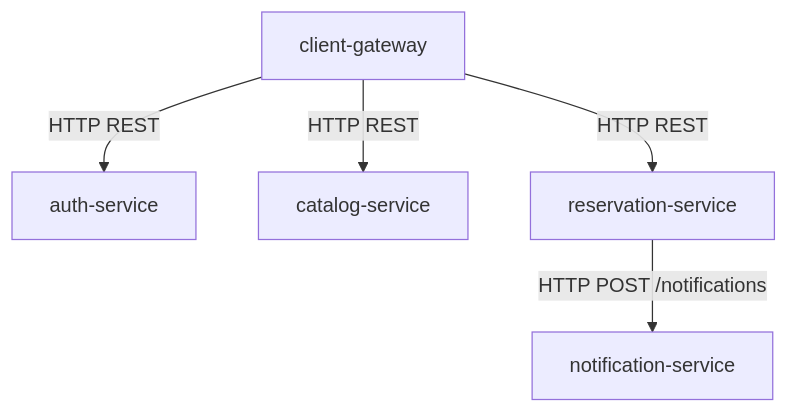
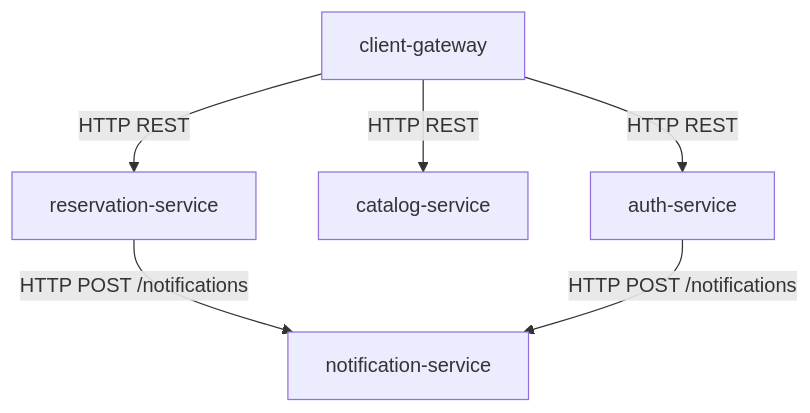
Before and after one commit to afvelezUniandes/proyecto-final: the sixth of 6 diagrams in docs/arquitectura.md, drawn with Mermaid. The commit also changed other lines of this file and 21 other files, not shown here.

First line of the commit message:
feat: enhance architecture and testing documentation, add notification service tests

````diff
--- a/docs/arquitectura.md
+++ b/docs/arquitectura.md
@@ -202,7 +204,8 @@
 ```mermaid
 graph TD
     GW["client-gateway"] -->|HTTP REST| Auth["auth-service"]
     GW -->|HTTP REST| Catalog["catalog-service"]
     GW -->|HTTP REST| Reservation["reservation-service"]
     Reservation -->|HTTP POST /notifications| Notification["notification-service"]
+    Auth -->|HTTP POST /notifications| Notification
 ```
````
